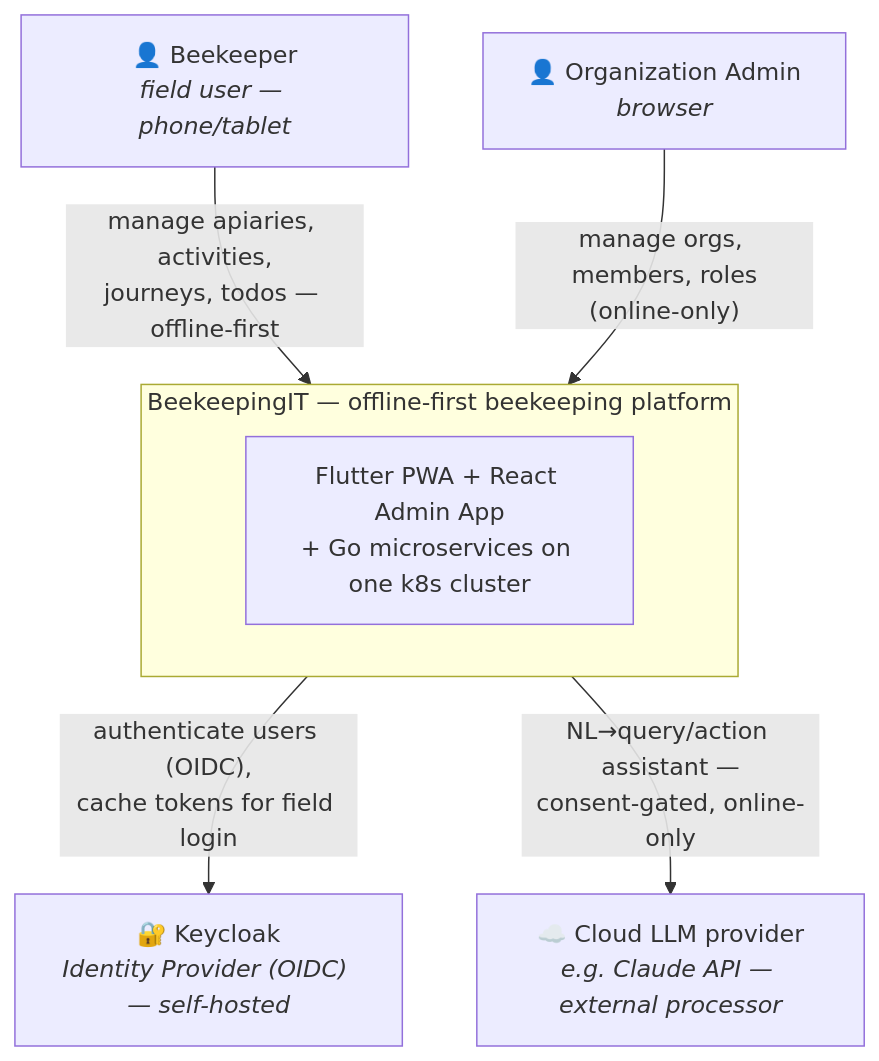
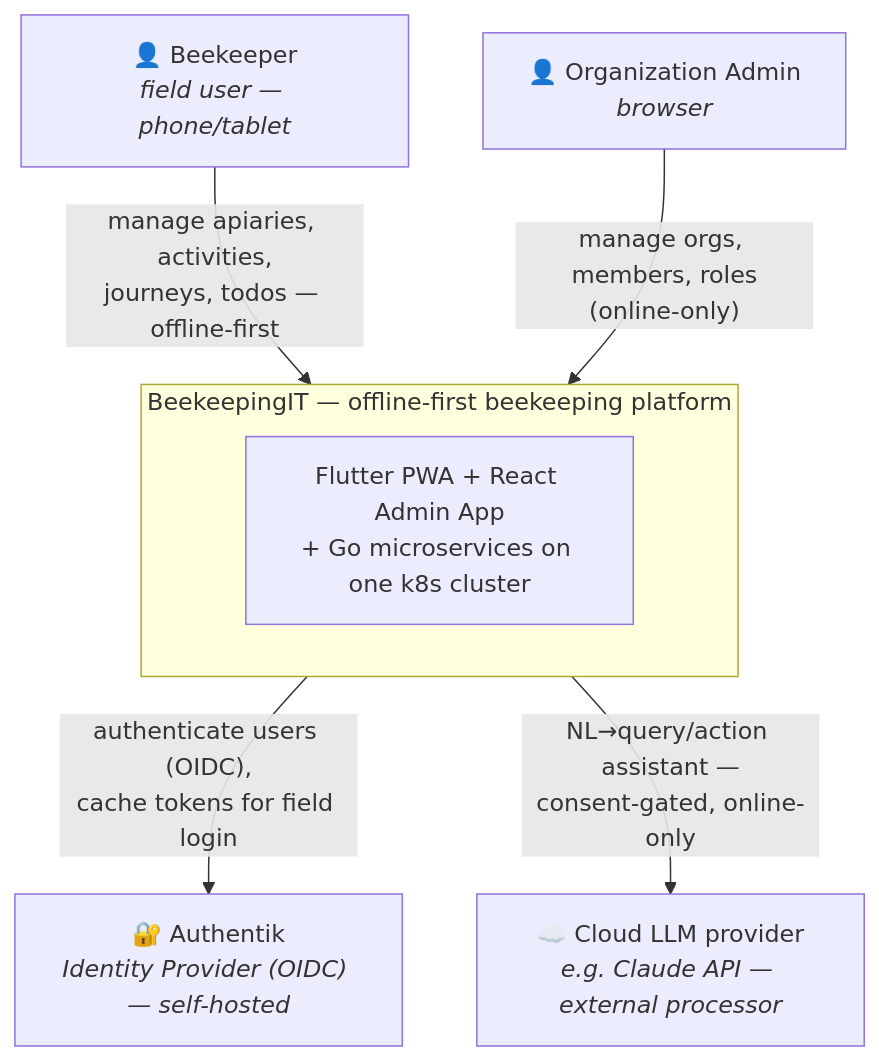
One commit to TiagoJVO/beekeepingit changed the first of 2 diagrams in docs/architecture/service-decomposition.md. Above: the diagram before and after it, drawn with Mermaid. The commit also changed other lines of this file and 17 other files, not shown here.

````diff
--- a/docs/architecture/service-decomposition.md
+++ b/docs/architecture/service-decomposition.md
@@ -141,17 +141,17 @@
 ```mermaid
 graph TB
     beekeeper["👤 Beekeeper<br/><i>field user — phone/tablet</i>"]
     admin["👤 Organization Admin<br/><i>browser</i>"]
 
     subgraph sys["BeekeepingIT — offline-first beekeeping platform"]
         core["Flutter PWA + React Admin App<br/>+ Go microservices on one k8s cluster"]
     end
 
-    keycloak["🔐 Keycloak<br/><i>Identity Provider (OIDC) — self-hosted</i>"]
+    idp["🔐 Authentik<br/><i>Identity Provider (OIDC) — self-hosted</i>"]
     llm["☁️ Cloud LLM provider<br/><i>e.g. Claude API — external processor</i>"]
 
     beekeeper -->|"manage apiaries, activities,<br/>journeys, todos — offline-first"| sys
     admin -->|"manage orgs, members, roles<br/>(online-only)"| sys
-    sys -->|"authenticate users (OIDC),<br/>cache tokens for field login"| keycloak
+    sys -->|"authenticate users (OIDC),<br/>cache tokens for field login"| idp
     sys -->|"NL→query/action assistant —<br/>consent-gated, online-only"| llm
 ```
````
